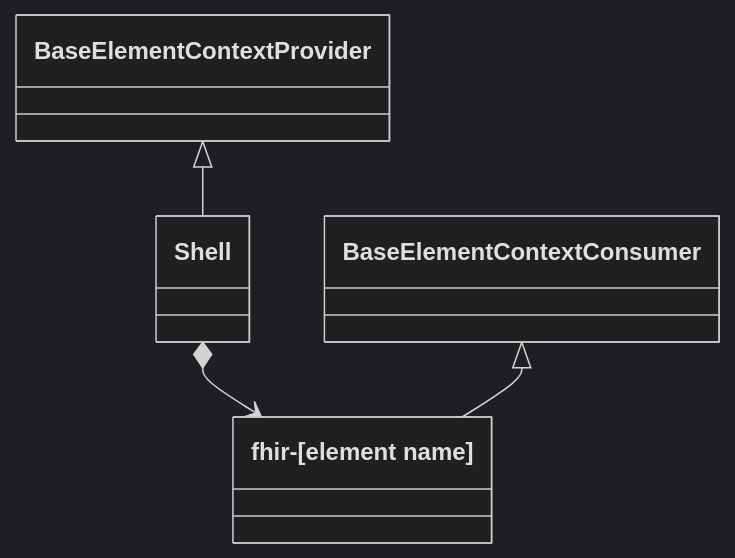
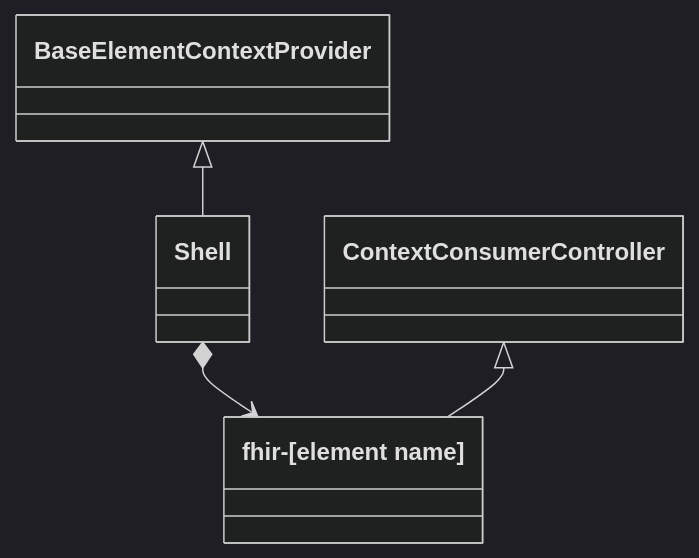
The second of 3 diagrams in docs/model.md (zenwork/fhir-beacon), drawn with Mermaid (dark theme) before and after one commit. The commit also changed other lines of this file and 83 other files, not shown here.

````diff
--- a/docs/model.md
+++ b/docs/model.md
@@ -44,6 +44,6 @@
 ```mermaid
 classDiagram
     BaseElementContextProvider <|-- Shell
     Shell *--> `fhir-[element name]`
-    BaseElementContextConsumer <|-- `fhir-[element name]`
+    ContextConsumerController <|-- `fhir-[element name]`
 ```
````
